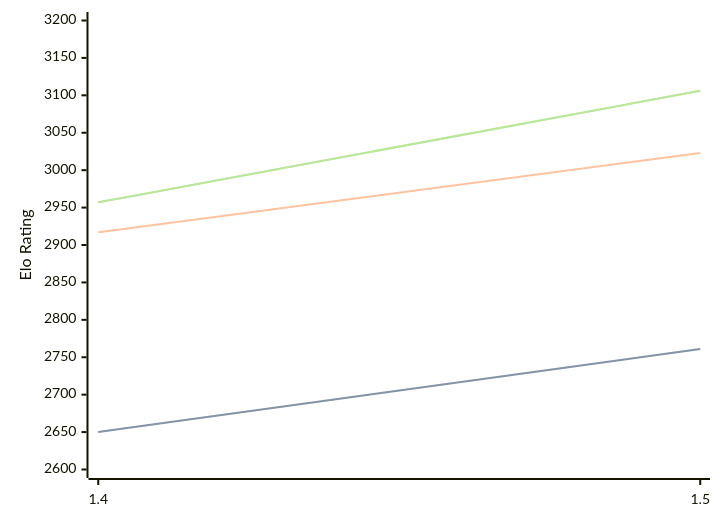
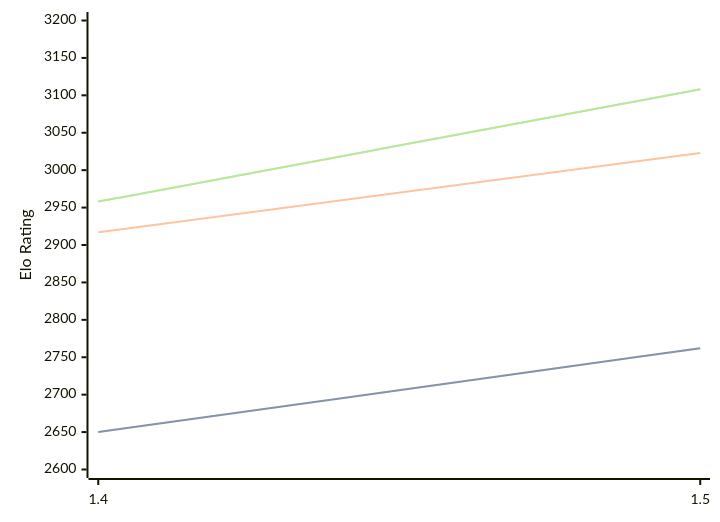
One commit to computer-chess-index/cci changed the diagram in engines/Yakka.md. Above: the diagram before and after it, drawn with Mermaid. The commit also changed other lines of this file, not shown here.

Commit message:
Update CCI Ratings (ELO VLTC) - 2026-08-27

````diff
--- a/engines/Yakka.md
+++ b/engines/Yakka.md
@@ -32,11 +32,11 @@
 ```mermaid
 %%{init: {"theme":"base","themeVariables":{"seriesColors:['#a3a3a3','#222221','#faa371']}}}%%
 xychart-beta
   x-axis ["1.4", "1.5"]
   y-axis "Elo Rating" 2600 --> 3200
-  line "STC (8.0+0.08s)" [2650, 2761]
-  line "STC (8.0+0.08s)" [2650, 2761]
+  line "STC (8.0+0.08s)" [2650, 2762]
+  line "STC (8.0+0.08s)" [2650, 2762]
   line "LTC (60.0+0.60s)" [2917, 3023]
-  line "VLTC (2m24s+1.12s)" [2957, 3106]
-  line "VLTC (2m24s+1.12s)" [2957, 3106]
+  line "VLTC (2m24s+1.12s)" [2958, 3108]
+  line "VLTC (2m24s+1.12s)" [2958, 3108]
 ```
````
